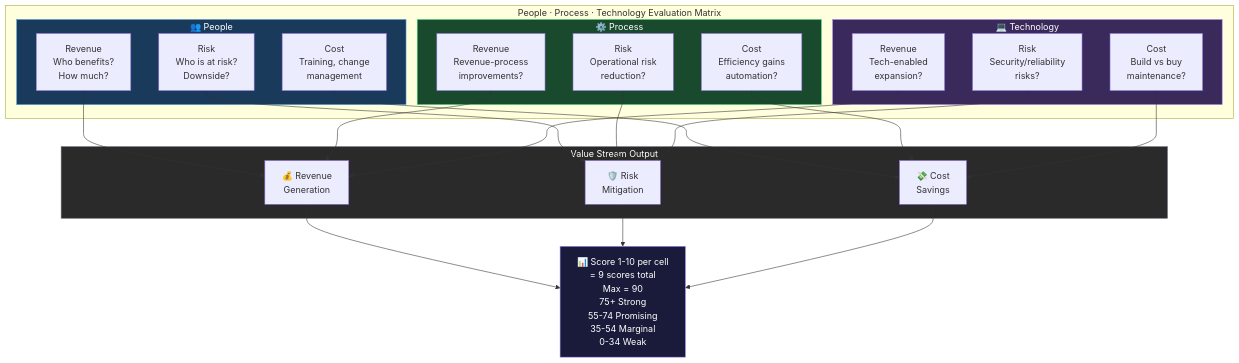
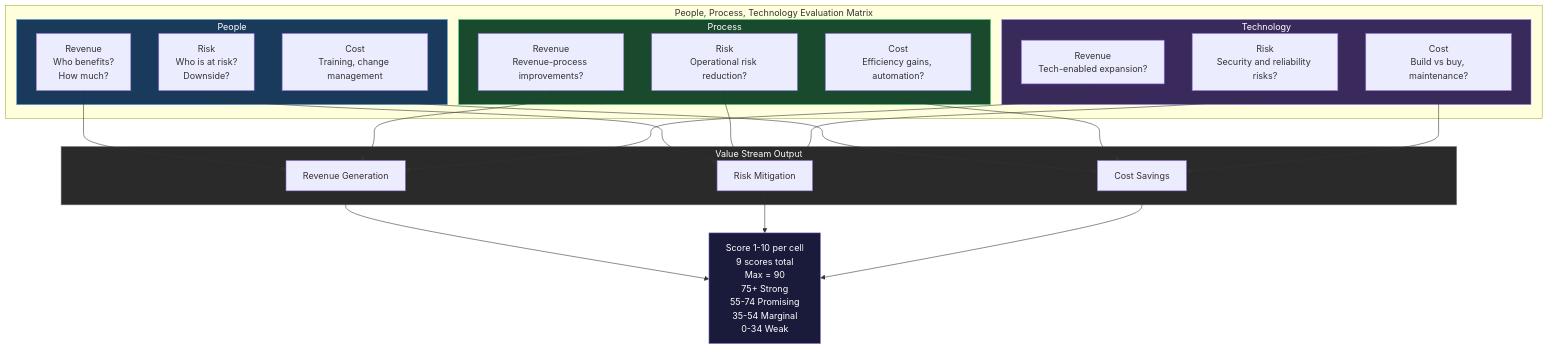
One commit to fszale/agent-kernel changed the diagram in diagrams/ppt-value-streams.mmd. Above: the diagram before and after it, drawn with Mermaid. The commit also changed 8 other files, not shown here.

Commit message:
fix: corrected diagram

```diff
--- a/diagrams/ppt-value-streams.mmd
+++ b/diagrams/ppt-value-streams.mmd
@@ -1,48 +1,48 @@
 graph TB
-    subgraph PPT["People · Process · Technology Evaluation Matrix"]
-        subgraph P["👥 People"]
+    subgraph PPT["People, Process, Technology Evaluation Matrix"]
+        subgraph P["People"]
             P_REV["Revenue\nWho benefits?\nHow much?"]
             P_RISK["Risk\nWho is at risk?\nDownside?"]
-            P_COST["Cost\nTraining, change\nmanagement"]
+            P_COST["Cost\nTraining, change management"]
         end
 
-        subgraph PR["⚙️ Process"]
-            PR_REV["Revenue\nRevenue-process\nimprovements?"]
-            PR_RISK["Risk\nOperational risk\nreduction?"]
-            PR_COST["Cost\nEfficiency gains\nautomation?"]
+        subgraph PR["Process"]
+            PR_REV["Revenue\nRevenue-process improvements?"]
+            PR_RISK["Risk\nOperational risk reduction?"]
+            PR_COST["Cost\nEfficiency gains, automation?"]
         end
 
-        subgraph T["💻 Technology"]
-            T_REV["Revenue\nTech-enabled\nexpansion?"]
-            T_RISK["Risk\nSecurity/reliability\nrisks?"]
-            T_COST["Cost\nBuild vs buy\nmaintenance?"]
+        subgraph T["Technology"]
+            T_REV["Revenue\nTech-enabled expansion?"]
+            T_RISK["Risk\nSecurity and reliability risks?"]
+            T_COST["Cost\nBuild vs buy, maintenance?"]
         end
     end
 
     subgraph VS["Value Stream Output"]
-        REV["💰 Revenue\nGeneration"]
-        RISK["🛡️ Risk\nMitigation"]
-        COST["💸 Cost\nSavings"]
+        REV["Revenue Generation"]
+        RISK["Risk Mitigation"]
+        COST["Cost Savings"]
     end
 
     P_REV --> REV
     PR_REV --> REV
     T_REV --> REV
     P_RISK --> RISK
     PR_RISK --> RISK
     T_RISK --> RISK
     P_COST --> COST
     PR_COST --> COST
     T_COST --> COST
 
-    SCORE["📊 Score 1-10 per cell\n= 9 scores total\nMax = 90\n75+ Strong\n55-74 Promising\n35-54 Marginal\n0-34 Weak"]
+    SCORE["Score 1-10 per cell\n9 scores total\nMax = 90\n75+ Strong\n55-74 Promising\n35-54 Marginal\n0-34 Weak"]
 
     REV --> SCORE
     RISK --> SCORE
     COST --> SCORE
 
     style P fill:#1a3a5c,color:#fff,stroke:#4a9ede
     style PR fill:#1a4a2e,color:#fff,stroke:#4ade80
     style T fill:#3a2a5c,color:#fff,stroke:#a78bfa
     style VS fill:#2a2a2a,color:#fff,stroke:#6b7280
     style SCORE fill:#1a1a3a,color:#fff,stroke:#a78bfa
```
